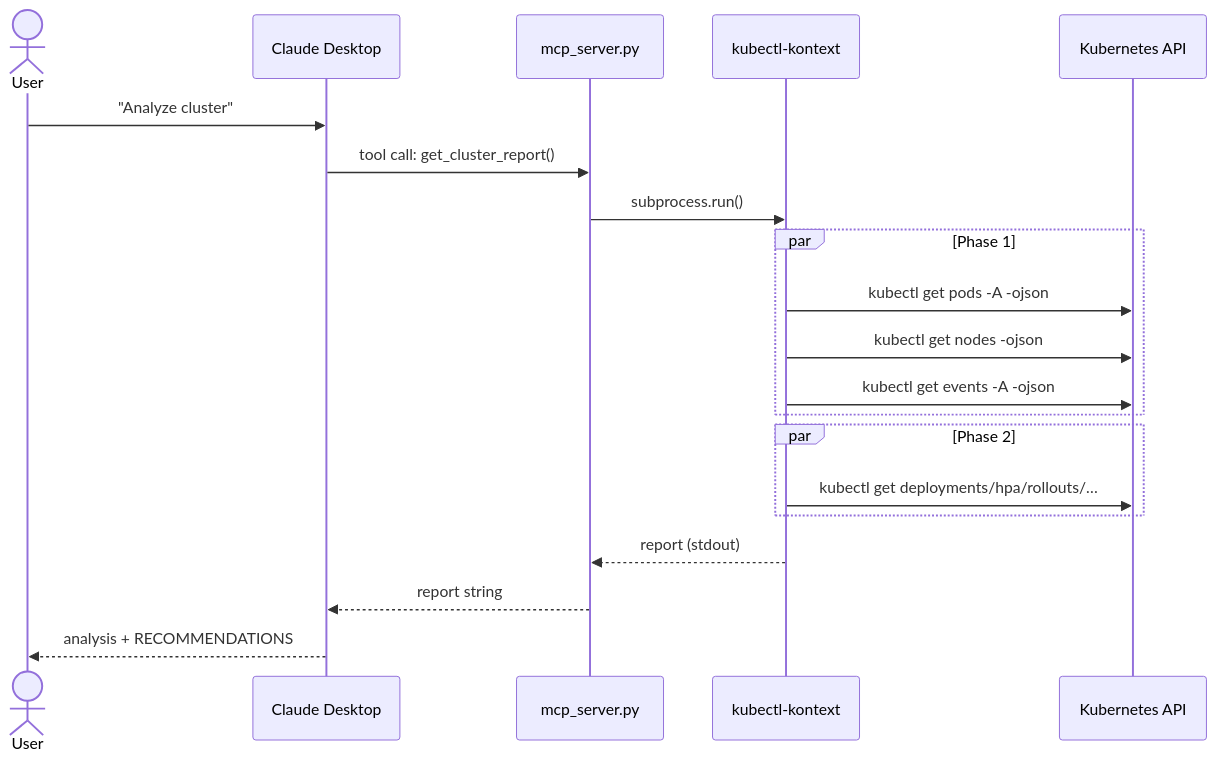
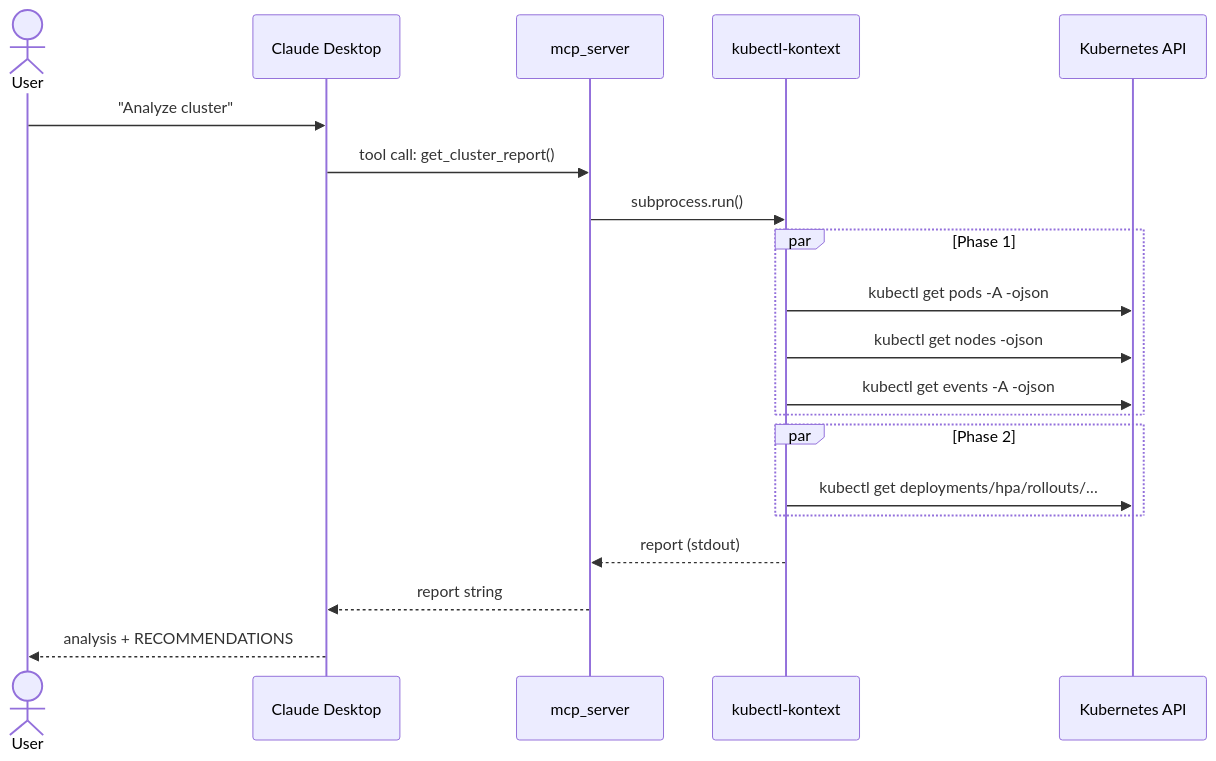
The diagram in local_mpc_setup/architecture.md (dejanu/kubectl-kontext), drawn with Mermaid before and after one commit.

````diff
--- a/local_mpc_setup/architecture.md
+++ b/local_mpc_setup/architecture.md
@@ -44,23 +44,23 @@
 ```mermaid
 sequenceDiagram
     actor User
     participant CD as Claude Desktop
-    participant MCP as mcp_server.py
+    participant MCP as mcp_server
     participant KK as kubectl-kontext
     participant K8s as Kubernetes API
 
     User->>CD: "Analyze cluster"
     CD->>MCP: tool call: get_cluster_report()
     MCP->>KK: subprocess.run()
     par Phase 1
         KK->>K8s: kubectl get pods -A -ojson
         KK->>K8s: kubectl get nodes -ojson
         KK->>K8s: kubectl get events -A -ojson
     end
     par Phase 2
         KK->>K8s: kubectl get deployments/hpa/rollouts/…
     end
     KK-->>MCP: report (stdout)
     MCP-->>CD: report string
     CD-->>User: analysis + RECOMMENDATIONS
 ```
````
